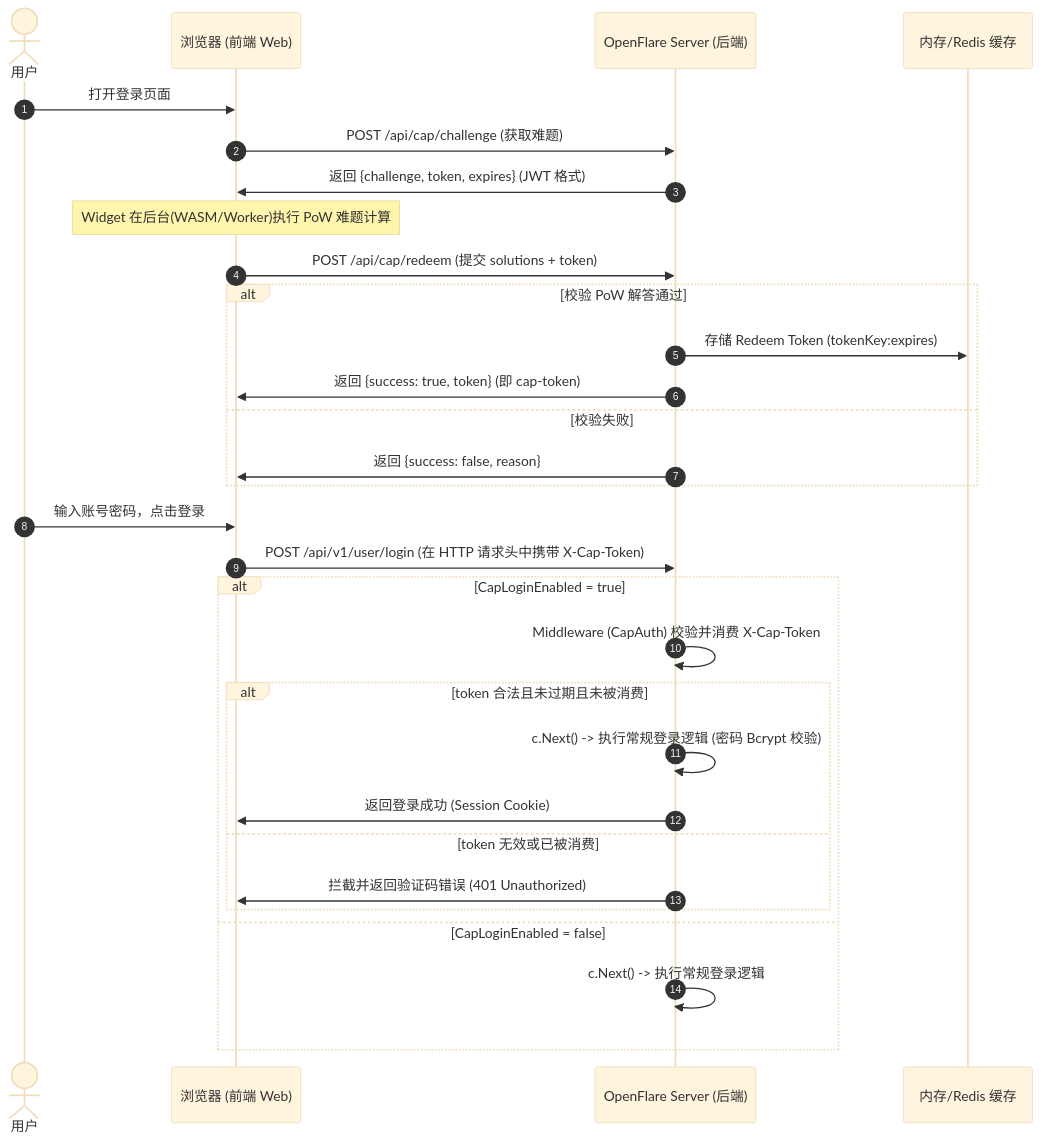
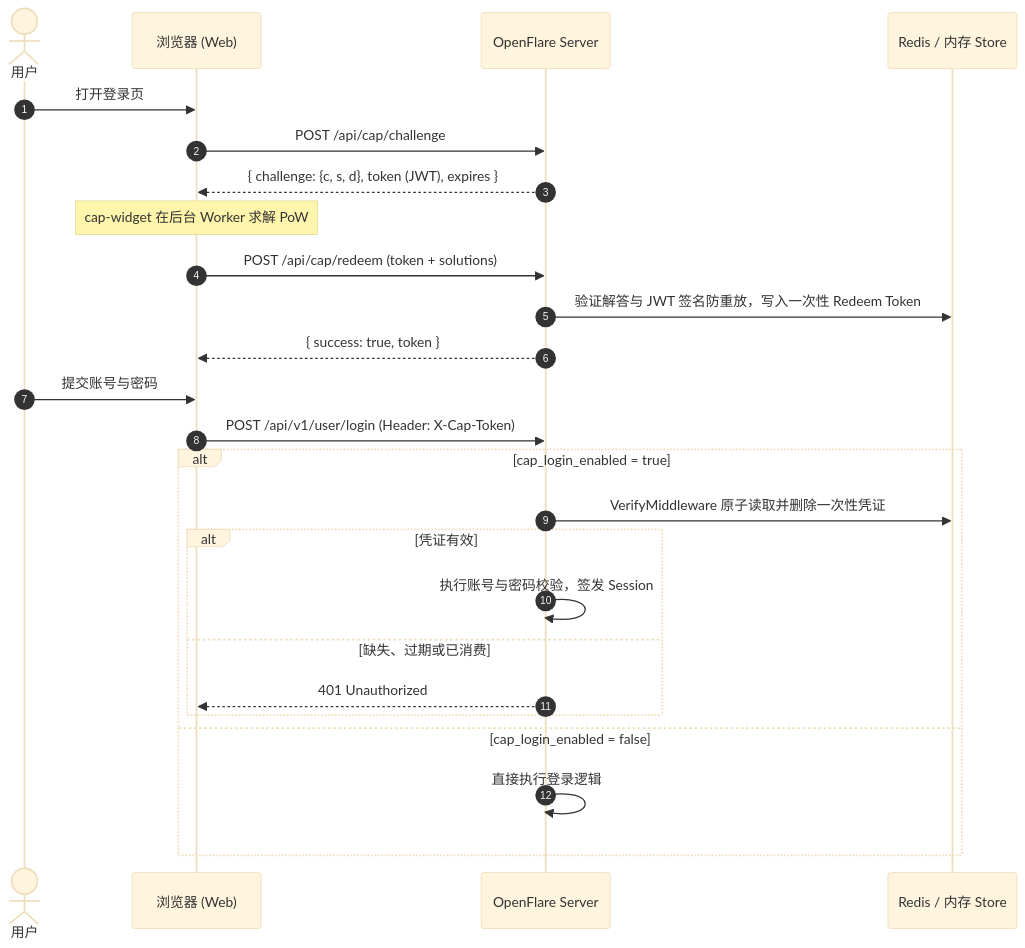
Before and after one commit to Rain-kl/OpenFlare: the diagram in docs/design/login-captcha.md, drawn with Mermaid (base theme). The commit also changed other lines of this file and 123 other files, not shown here.

````diff
--- a/docs/design/login-captcha.md
+++ b/docs/design/login-captcha.md
@@ -34,33 +20,28 @@
 ```mermaid
 sequenceDiagram
     autonumber
     actor User as 用户
-    participant Browser as 浏览器 (前端 Web)
-    participant Server as OpenFlare Server (后端)
-    participant Cache as 内存/Redis 缓存
+    participant Browser as 浏览器 (Web)
+    participant Server as OpenFlare Server
+    participant Store as Redis / 内存 Store
 
-    User->>Browser: 打开登录页面
-    Browser->>Server: POST /api/cap/challenge (获取难题)
-    Server->>Browser: 返回 {challenge, token, expires} (JWT 格式)
-    Note over Browser: Widget 在后台(WASM/Worker)执行 PoW 难题计算
-    Browser->>Server: POST /api/cap/redeem (提交 solutions + token)
-    alt 校验 PoW 解答通过
-        Server->>Cache: 存储 Redeem Token (tokenKey:expires)
-        Server->>Browser: 返回 {success: true, token} (即 cap-token)
-    else 校验失败
-        Server->>Browser: 返回 {success: false, reason}
-    end
-    User->>Browser: 输入账号密码，点击登录
-    Browser->>Server: POST /api/v1/user/login (在 HTTP 请求头中携带 X-Cap-Token)
-    alt CapLoginEnabled = true
-        Server->>Server: Middleware (CapAuth) 校验并消费 X-Cap-Token
-        alt token 合法且未过期且未被消费
-            Server->>Server: c.Next() -> 执行常规登录逻辑 (密码 Bcrypt 校验)
-            Server->>Browser: 返回登录成功 (Session Cookie)
-        else token 无效或已被消费
-            Server->>Browser: 拦截并返回验证码错误 (401 Unauthorized)
+    User->>Browser: 打开登录页
+    Browser->>Server: POST /api/cap/challenge
+    Server-->>Browser: { challenge: {c, s, d}, token (JWT), expires }
+    Note over Browser: cap-widget 在后台 Worker 求解 PoW
+    Browser->>Server: POST /api/cap/redeem (token + solutions)
+    Server->>Store: 验证解答与 JWT 签名防重放，写入一次性 Redeem Token
+    Server-->>Browser: { success: true, token }
+    User->>Browser: 提交账号与密码
+    Browser->>Server: POST /api/v1/user/login (Header: X-Cap-Token)
+    alt cap_login_enabled = true
+        Server->>Store: VerifyMiddleware 原子读取并删除一次性凭证
+        alt 凭证有效
+            Server->>Server: 执行账号与密码校验，签发 Session
+        else 缺失、过期或已消费
+            Server-->>Browser: 401 Unauthorized
         end
-    else CapLoginEnabled = false
-        Server->>Server: c.Next() -> 执行常规登录逻辑
+    else cap_login_enabled = false
+        Server->>Server: 直接执行登录逻辑
     end
 ```
````
